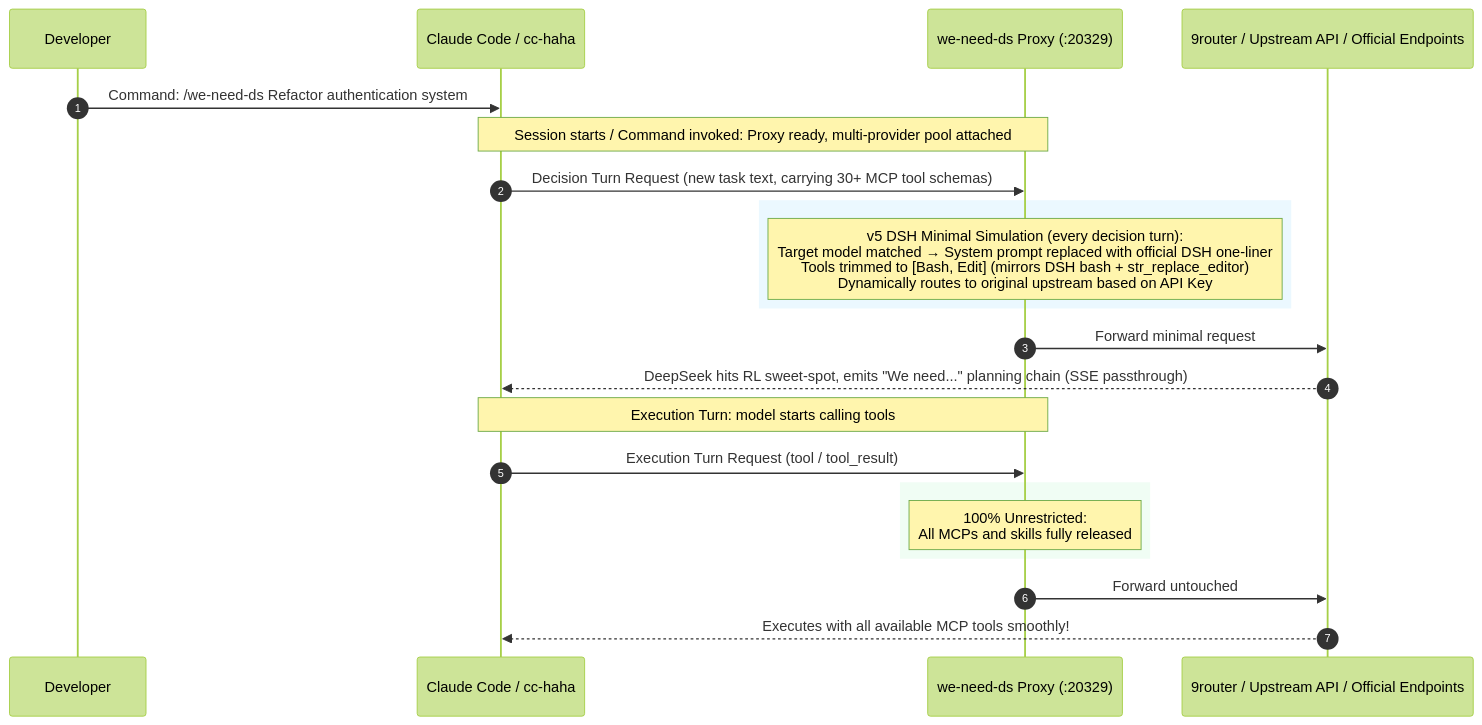
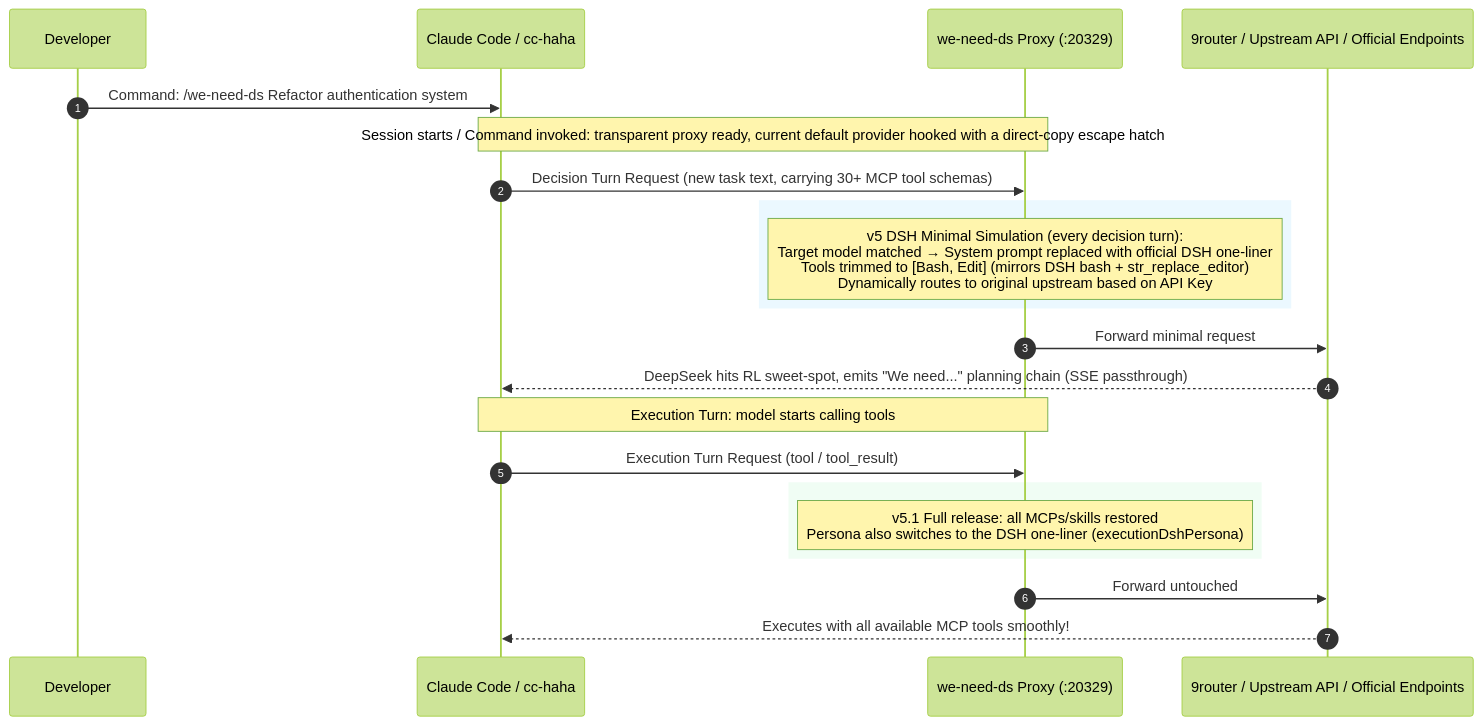
Before and after one commit to YixuAnsensei/we-need-ds: the diagram in README_EN.md, drawn with Mermaid (forest theme). The commit also changed other lines of this file and 8 other files, not shown here.

````diff
--- a/README_EN.md
+++ b/README_EN.md
@@ -36,29 +36,29 @@
 ```mermaid
 sequenceDiagram
     autonumber
     participant User as Developer
     participant CC as Claude Code / cc-haha
     participant Proxy as we-need-ds Proxy (:20329)
     participant Router as 9router / Upstream API / Official Endpoints
 
     User->>CC: Command: /we-need-ds Refactor authentication system
-    Note over CC,Proxy: Session starts / Command invoked: Proxy ready, multi-provider pool attached
+    Note over CC,Proxy: Session starts / Command invoked: transparent proxy ready, current default provider hooked with a direct-copy escape hatch
     CC->>Proxy: Decision Turn Request (new task text, carrying 30+ MCP tool schemas)
     
     rect rgb(235, 248, 255)
     Note over Proxy: v5 DSH Minimal Simulation (every decision turn):<br/>Target model matched → System prompt replaced with official DSH one-liner<br/>Tools trimmed to [Bash, Edit] (mirrors DSH bash + str_replace_editor)<br/>Dynamically routes to original upstream based on API Key
     end
     
     Proxy->>Router: Forward minimal request
     Router-->>CC: DeepSeek hits RL sweet-spot, emits "We need..." planning chain (SSE passthrough)
     
     Note over CC,Proxy: Execution Turn: model starts calling tools
     CC->>Proxy: Execution Turn Request (tool / tool_result)
     
     rect rgb(240, 253, 244)
-    Note over Proxy: 100% Unrestricted:<br/>All MCPs and skills fully released
+    Note over Proxy: v5.1 Full release: all MCPs/skills restored<br/>Persona also switches to the DSH one-liner (executionDshPersona)
     end
     
     Proxy->>Router: Forward untouched
     Router-->>CC: Executes with all available MCP tools smoothly!
 ```
````
